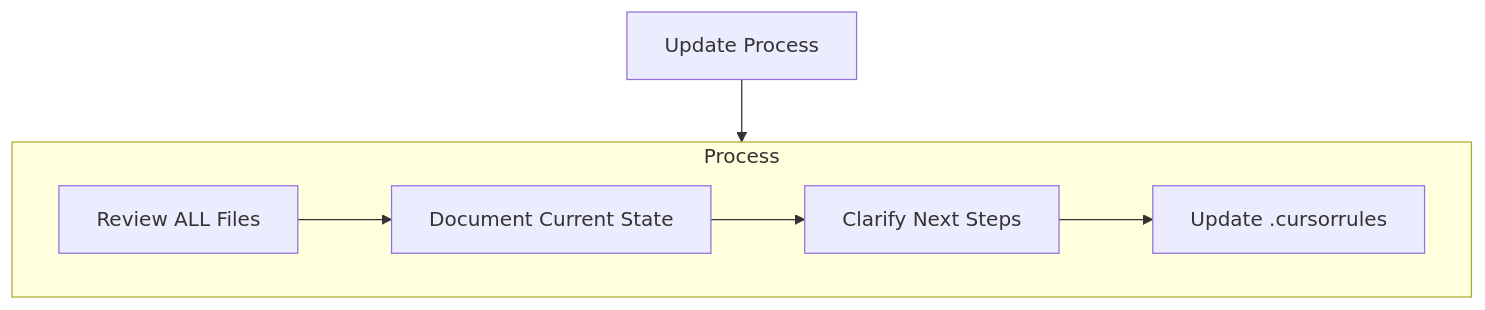
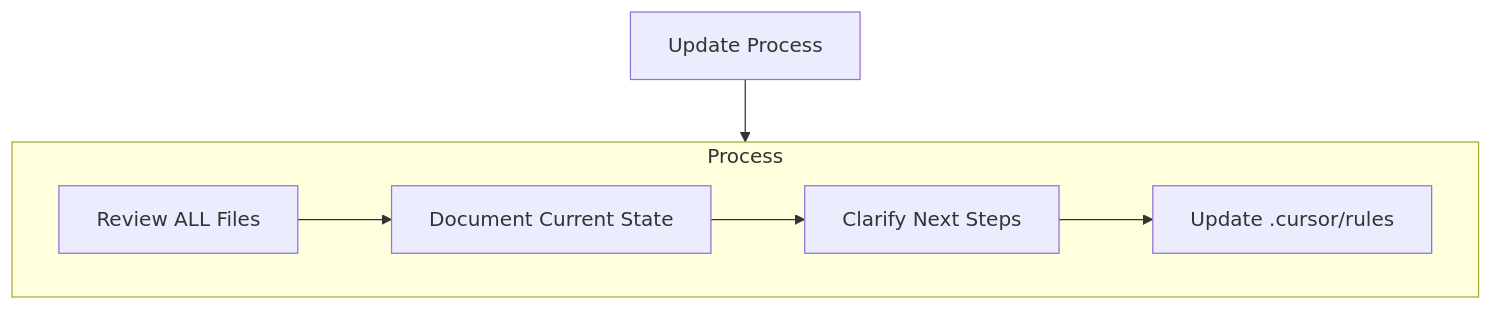
One commit to whille/terris changed the fourth of 5 diagrams in .cursor/rules/mbank.mdc. Above: the diagram before and after it, drawn with Mermaid. The commit also changed other lines of this file, not shown here.

````diff
--- a/.cursor/rules/mbank.mdc
+++ b/.cursor/rules/mbank.mdc
@@ -106,15 +106,15 @@
 ```mermaid
 flowchart TD
     Start[Update Process]
-
+    
     subgraph Process
         P1[Review ALL Files]
         P2[Document Current State]
         P3[Clarify Next Steps]
-        P4[Update .cursorrules]
-
+        P4[Update .cursor/rules]
+        
         P1 --> P2 --> P3 --> P4
     end
 
     Start --> Process
 ```
````
